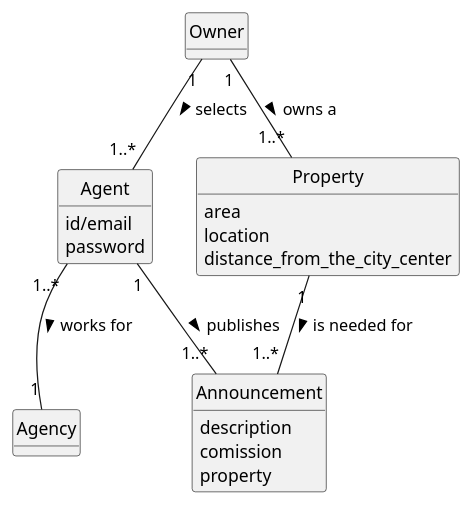
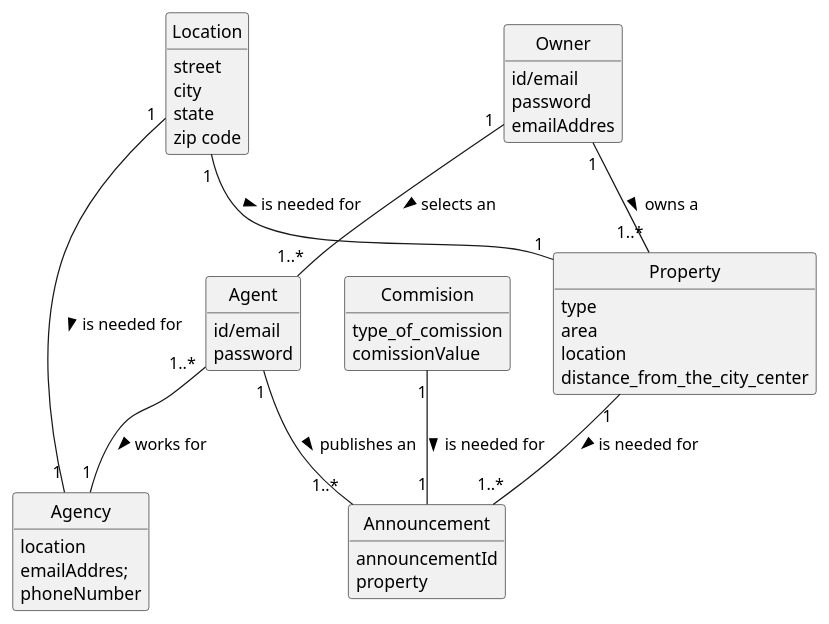
One commit to Rodrick0209/ISEP-LAPR2-22-23 changed the diagram in docs/Sprint-C/US002/02.analysis/puml/us002-domain-model.puml. Above: the diagram before and after it, drawn with PlantUML. The commit also changed 26 other files, not shown here.

Commit message:
Esoft Global Requirments : domain model,project analysis, Use case Diagram and some more upadtes. Us002 Esoft almost finished ,ssd and domain model updated.

```diff
--- a/docs/Sprint-C/US002/02.analysis/puml/us002-domain-model.puml
+++ b/docs/Sprint-C/US002/02.analysis/puml/us002-domain-model.puml
@@ -1,44 +1,61 @@
-    @startuml
+@startuml
 skinparam monochrome true
 skinparam packageStyle rectangle
 skinparam shadowing false
 
 'left to right direction
 
 skinparam classAttributeIconSize 0
 
 hide circle
 hide methods
 
-'title Domain Model
-
-'class Platform {
-'  -description
-'}
-
+class Agency{
+    location
+    emailAddres;
+    phoneNumber
+}
 class Agent {
 id/email
 password
 }
 
+class Location{
+street
+city
+state
+zip code
+}
+
 class Owner {
+id/email
+password
+emailAddres
 }
 
 class Property {
+   type
    area
    location
     distance_from_the_city_center
 }
 
 class Announcement {
-    description
-    comission
-    property
+announcementId
+     property
   }
+ class Commision {
+     type_of_comission
+     comissionValue
+     }
 
-Owner "1" -- "1..*" Agent : selects >
+Owner "1" -- "1..*" Agent : selects an >
 Owner "1" -- "1..*" Property : owns a >
-Agent "1" -- "1..*" Announcement : publishes >
+Agent "1" -- "1..*" Announcement : publishes an >
 Agent "1..*" -- "1" Agency : works for >
 Property "1"-- "1..*"Announcement: is needed for  >
+Location "1"--"1" Property : is needed for >
+Location "1"--"1" Agency : is needed for >
+Commision "1"--"1" Announcement : is needed for >
+
 @enduml
```
